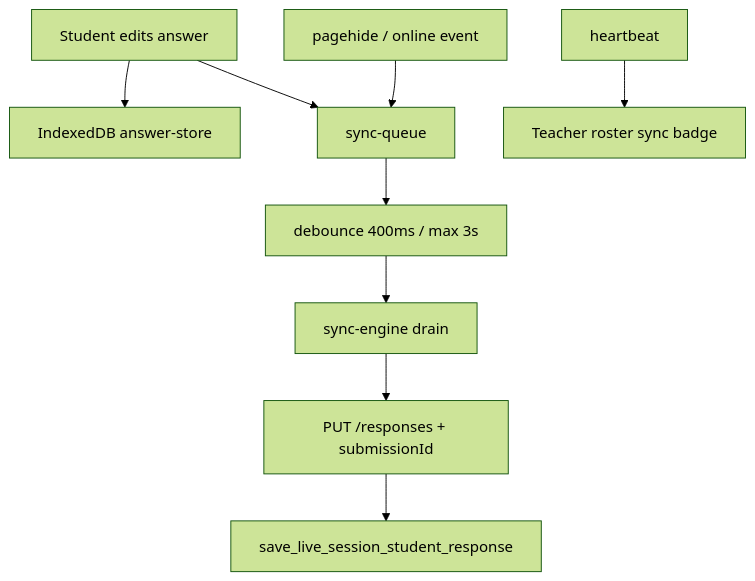
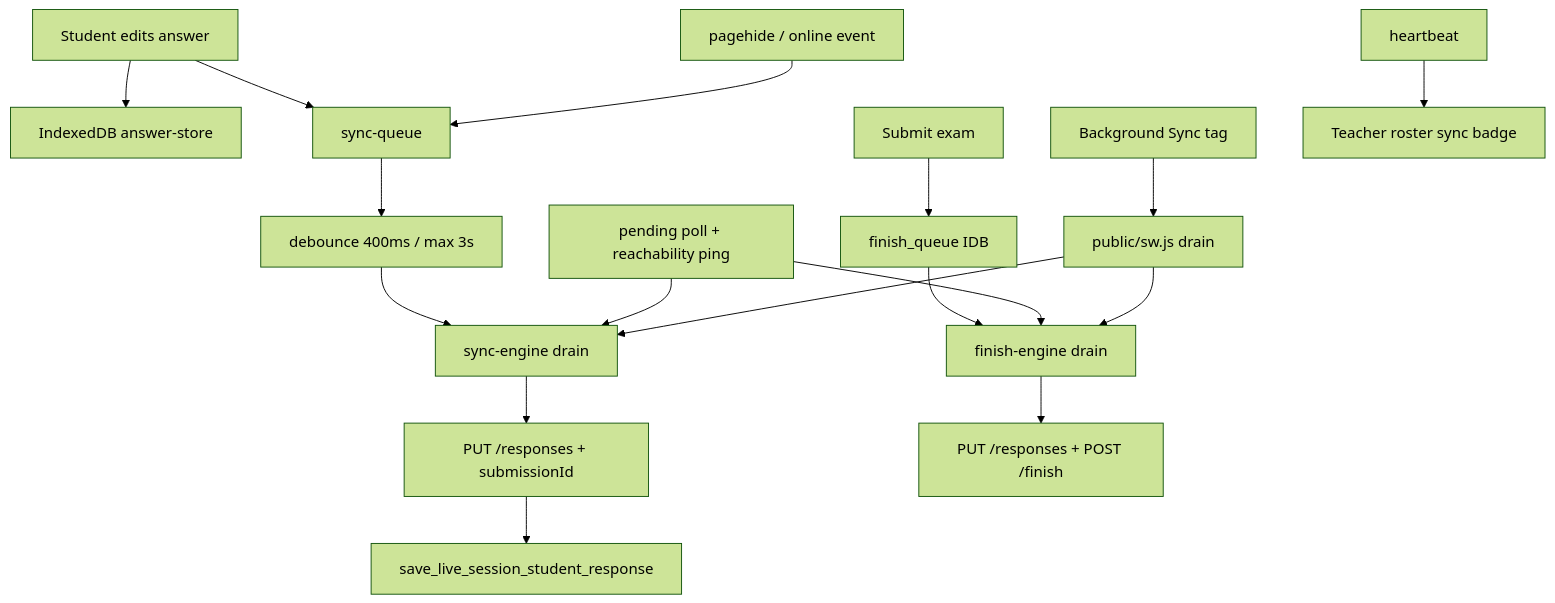
Before and after one commit to amithr/TruePaper: the third of 3 diagrams in docs/FEATURES.md, drawn with Mermaid (forest theme). The commit also changed other lines of this file and 75 other files, not shown here.

````diff
--- a/docs/FEATURES.md
+++ b/docs/FEATURES.md
@@ -286,11 +304,19 @@
 ```mermaid
 flowchart TD
   Edit[Student edits answer] --> IDB[IndexedDB answer-store]
   Edit --> Queue[sync-queue]
   Queue --> Debounce[debounce 400ms / max 3s]
   Debounce --> Drain[sync-engine drain]
   Drain --> PUT[PUT /responses + submissionId]
   PUT --> RPC[save_live_session_student_response]
+  Submit[Submit exam] --> FinishQ[finish_queue IDB]
+  FinishQ --> FinishDrain[finish-engine drain]
+  FinishDrain --> FinishAPI[PUT /responses + POST /finish]
   PageHide[pagehide / online event] --> Queue
+  Poll[pending poll + reachability ping] --> Drain
+  Poll --> FinishDrain
+  BgSync[Background Sync tag] --> SW[public/sw.js drain]
+  SW --> Drain
+  SW --> FinishDrain
   Heartbeat[heartbeat] --> Roster[Teacher roster sync badge]
 ```
````
